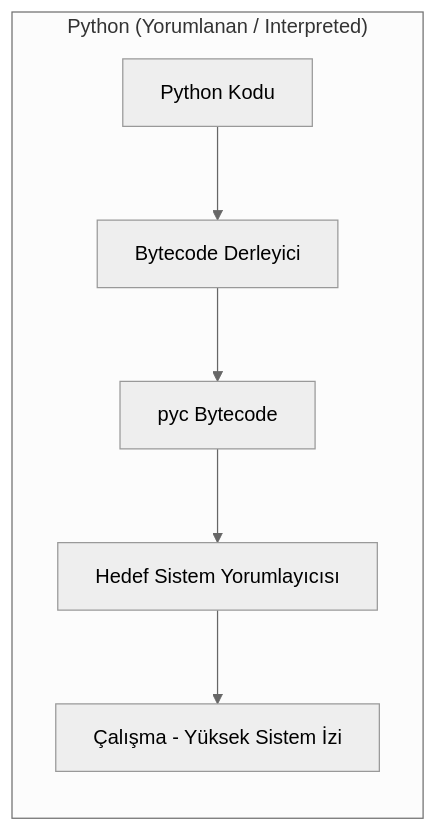
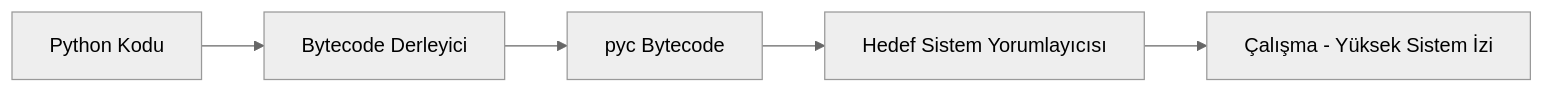
Before and after one commit to yusufarbc/yusufarbc: the first of 4 diagrams in website/content/golang-for-hackers/tr.md, drawn with Mermaid (neutral theme). The commit also changed other lines of this file and 1 other file, not shown here.

````diff
--- a/website/content/golang-for-hackers/tr.md
+++ b/website/content/golang-for-hackers/tr.md
@@ -130,9 +132,7 @@
 ```mermaid
 graph LR
-    subgraph "Python (Yorumlanan / Interpreted)"
-        P_Source[Python Kodu] --> P_Compiler[Bytecode Derleyici]
-        P_Compiler --> P_Bytecode[pyc Bytecode]
-        P_Bytecode --> P_Interpreter[Hedef Sistem Yorumlayıcısı]
-        P_Interpreter --> P_Execution[Çalışma - Yüksek Sistem İzi]
-    end
+    P_Source[Python Kodu] --> P_Compiler[Bytecode Derleyici]
+    P_Compiler --> P_Bytecode[pyc Bytecode]
+    P_Bytecode --> P_Interpreter[Hedef Sistem Yorumlayıcısı]
+    P_Interpreter --> P_Execution[Çalışma - Yüksek Sistem İzi]
 ```
````
